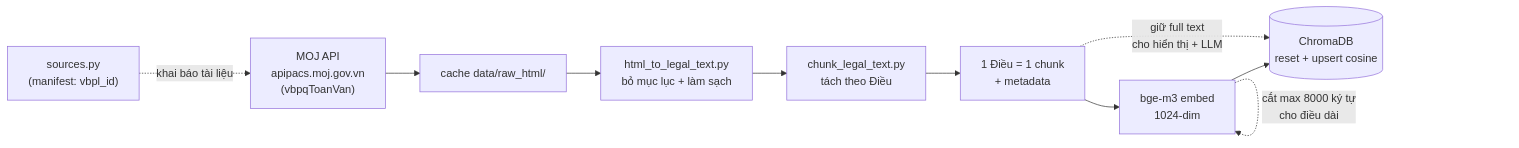
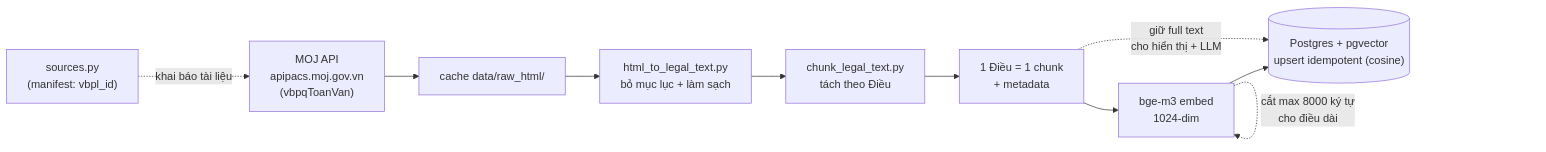
Before and after one commit to hoanghainh1188/vn-legal-ai-assistant: the second of 5 diagrams in docs/architecture.md, drawn with Mermaid. The commit also changed other lines of this file and 31 other files, not shown here.

First line of the commit message:
feat(003): migrate kho vector ChromaDB → Postgres + pgvector (Pha 1)

````diff
--- a/docs/architecture.md
+++ b/docs/architecture.md
@@ -62,13 +64,13 @@
 ```mermaid
 flowchart LR
     M["sources.py<br/>(manifest: vbpl_id)"] -.->|"khai báo tài liệu"| API
     API["MOJ API<br/>apipacs.moj.gov.vn<br/>(vbpqToanVan)"] --> H["cache data/raw_html/"]
     H --> B["html_to_legal_text.py<br/>bỏ mục lục + làm sạch"]
     B --> C["chunk_legal_text.py<br/>tách theo Điều"]
     C --> D["1 Điều = 1 chunk<br/>+ metadata"]
     D --> E["bge-m3 embed<br/>1024-dim"]
-    E --> F[("ChromaDB<br/>reset + upsert cosine")]
+    E --> F[("Postgres + pgvector<br/>upsert idempotent (cosine)")]
 
     D -. "giữ full text<br/>cho hiển thị + LLM" .-> F
     E -. "cắt max 8000 ký tự<br/>cho điều dài" .-> E
 ```
````
